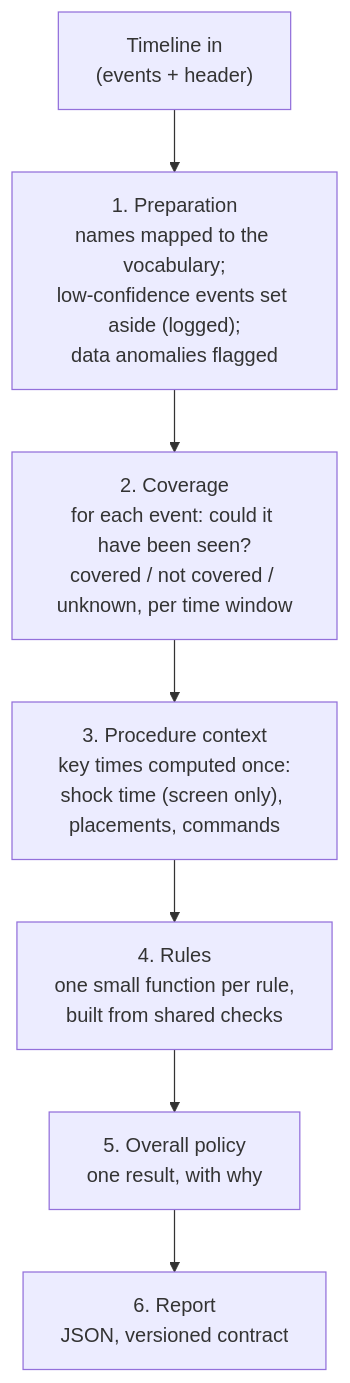
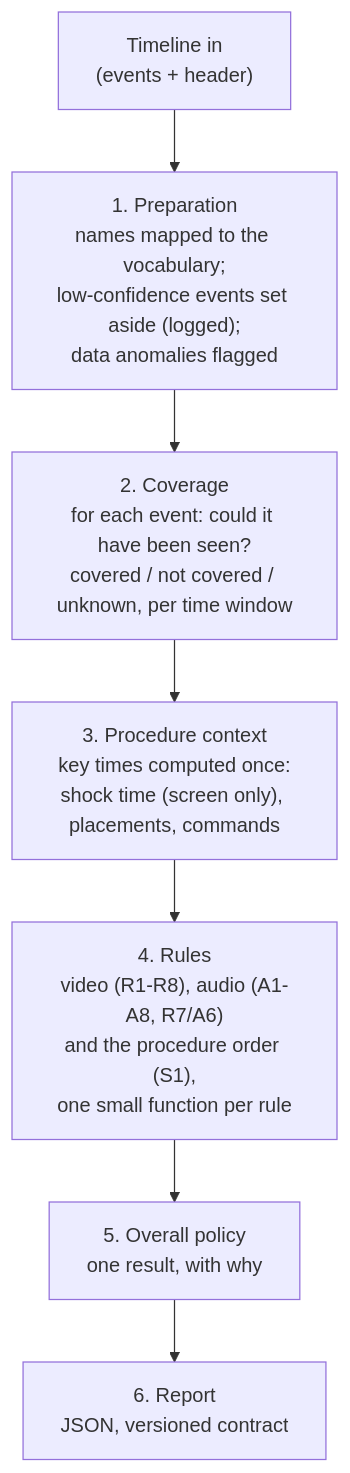
Before and after one commit to ananthu65/defibrillator_research: the second of 2 diagrams in docs/rule_engine/demo_walkthrough.md, drawn with Mermaid. The commit also changed other lines of this file and 11 other files, not shown here.

````diff
--- a/docs/rule_engine/demo_walkthrough.md
+++ b/docs/rule_engine/demo_walkthrough.md
@@ -49,9 +50,9 @@
 ```mermaid
 flowchart TD
     IN["Timeline in<br/>(events + header)"] --> P["1. Preparation<br/>names mapped to the vocabulary;<br/>low-confidence events set aside (logged);<br/>data anomalies flagged"]
     P --> C["2. Coverage<br/>for each event: could it have been seen?<br/>covered / not covered / unknown, per time window"]
     C --> X["3. Procedure context<br/>key times computed once:<br/>shock time (screen only), placements, commands"]
-    X --> R["4. Rules<br/>one small function per rule,<br/>built from shared checks"]
+    X --> R["4. Rules<br/>video (R1-R8), audio (A1-A8, R7/A6)<br/>and the procedure order (S1),<br/>one small function per rule"]
     R --> O["5. Overall policy<br/>one result, with why"]
     O --> OUT["6. Report<br/>JSON, versioned contract"]
 ```
````
